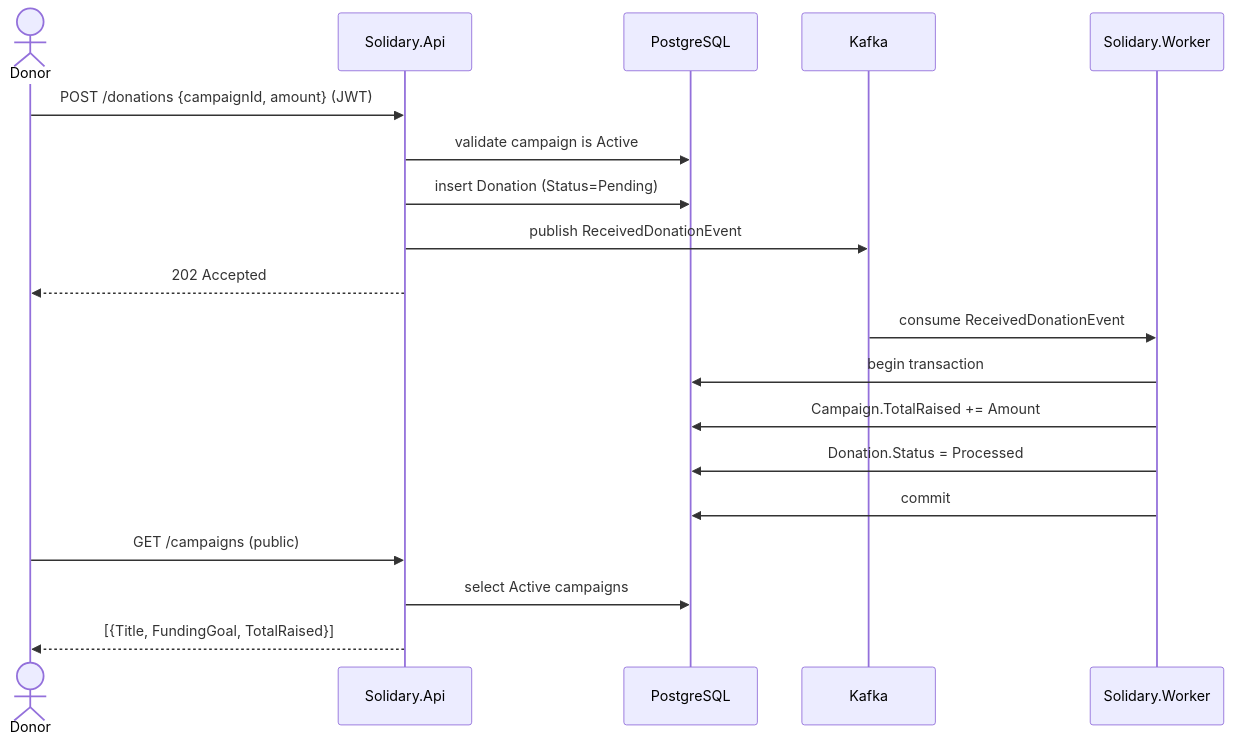
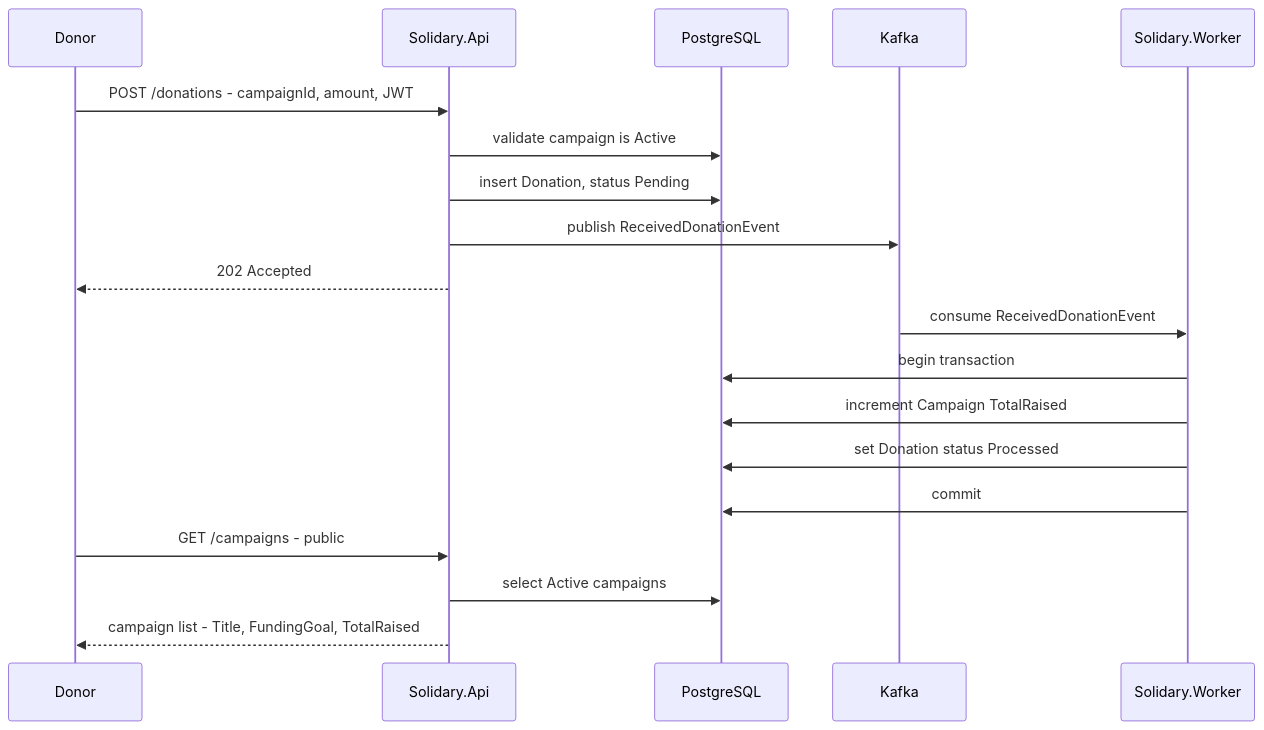
The third of 5 diagrams in docs/architecture.md (Mdotta/fiap_hackathon_NETT), drawn with Mermaid before and after one commit. The commit also changed other lines of this file and 1 other file, not shown here.

Commit message:
fix: adjust diagrams

````diff
--- a/docs/architecture.md
+++ b/docs/architecture.md
@@ -82,24 +82,24 @@
 ```mermaid
 sequenceDiagram
-    actor Donor
+    participant Donor
     participant Api as Solidary.Api
     participant DB as PostgreSQL
     participant Kafka
     participant Worker as Solidary.Worker
 
-    Donor->>Api: POST /donations {campaignId, amount} (JWT)
+    Donor->>Api: POST /donations - campaignId, amount, JWT
     Api->>DB: validate campaign is Active
-    Api->>DB: insert Donation (Status=Pending)
+    Api->>DB: insert Donation, status Pending
     Api->>Kafka: publish ReceivedDonationEvent
     Api-->>Donor: 202 Accepted
 
     Kafka->>Worker: consume ReceivedDonationEvent
     Worker->>DB: begin transaction
-    Worker->>DB: Campaign.TotalRaised += Amount
-    Worker->>DB: Donation.Status = Processed
+    Worker->>DB: increment Campaign TotalRaised
+    Worker->>DB: set Donation status Processed
     Worker->>DB: commit
 
-    Donor->>Api: GET /campaigns (public)
+    Donor->>Api: GET /campaigns - public
     Api->>DB: select Active campaigns
-    Api-->>Donor: [{Title, FundingGoal, TotalRaised}]
+    Api-->>Donor: campaign list - Title, FundingGoal, TotalRaised
 ```
````
